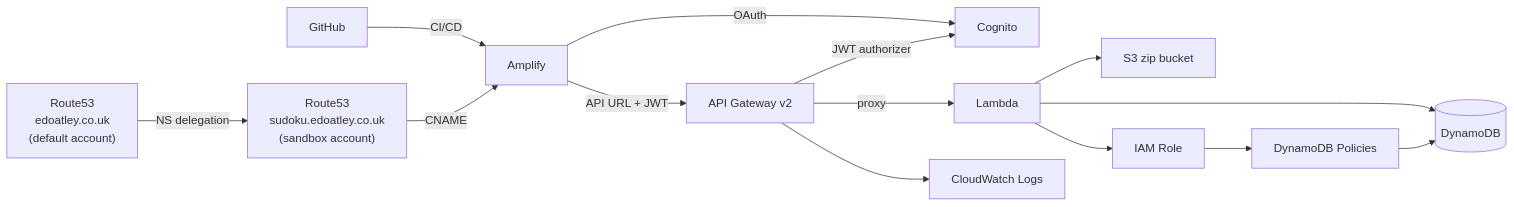
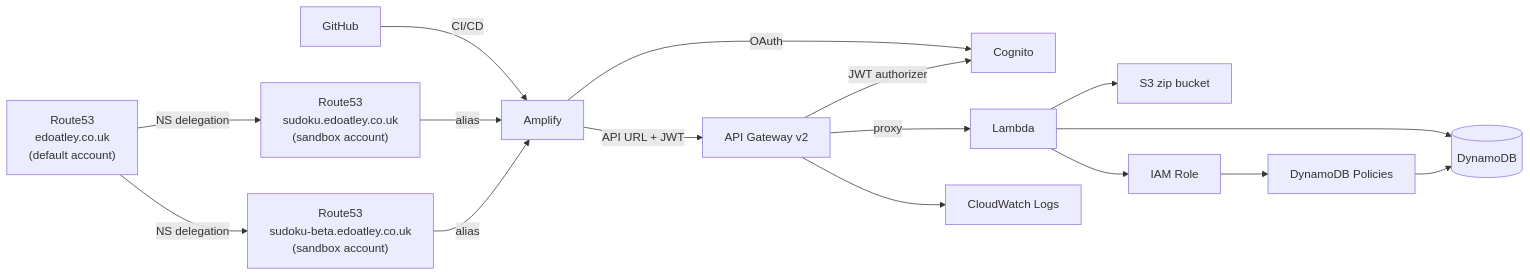
One commit to edoatley/sudoku-app changed the diagram in infra/README.md. Above: the diagram before and after it, drawn with Mermaid. The commit also changed other lines of this file and 61 other files, not shown here.

````diff
--- a/infra/README.md
+++ b/infra/README.md
@@ -9,19 +9,22 @@
 ```mermaid
 flowchart LR
     DNS53P["Route53\nedoatley.co.uk\n(default account)"]
     DNS53S["Route53\nsudoku.edoatley.co.uk\n(sandbox account)"]
+    DNS53B["Route53\nsudoku-beta.edoatley.co.uk\n(sandbox account)"]
     DNS53P -->|NS delegation| DNS53S
+    DNS53P -->|NS delegation| DNS53B
 
     GH[GitHub] -->|CI/CD| AMP[Amplify]
-    DNS53S -->|CNAME| AMP
+    DNS53S -->|alias| AMP
+    DNS53B -->|alias| AMP
     AMP -->|OAuth| COG[Cognito]
     AMP -->|API URL + JWT| APIGW[API Gateway v2]
     APIGW -->|JWT authorizer| COG
     APIGW -->|proxy| LAM[Lambda]
     APIGW --> CWL[CloudWatch Logs]
     LAM --> S3Z[S3 zip bucket]
     LAM --> DDB[(DynamoDB)]
     LAM --> ROLE[IAM Role]
     ROLE --> POL[DynamoDB Policies]
     POL --> DDB
 ```
````
